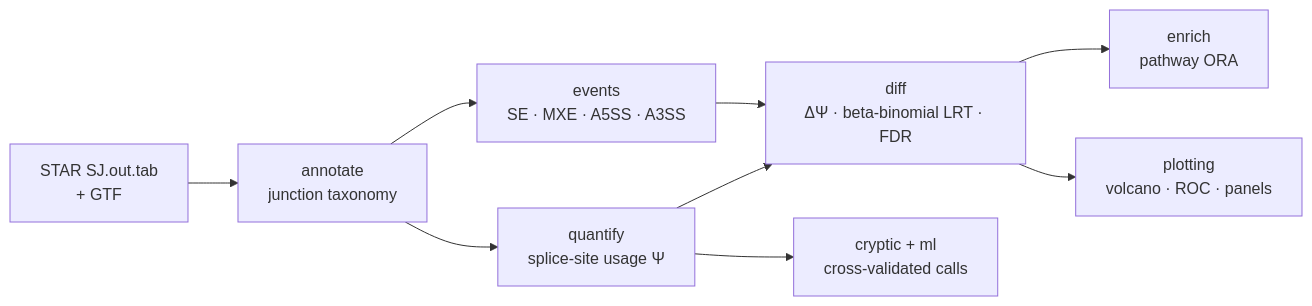
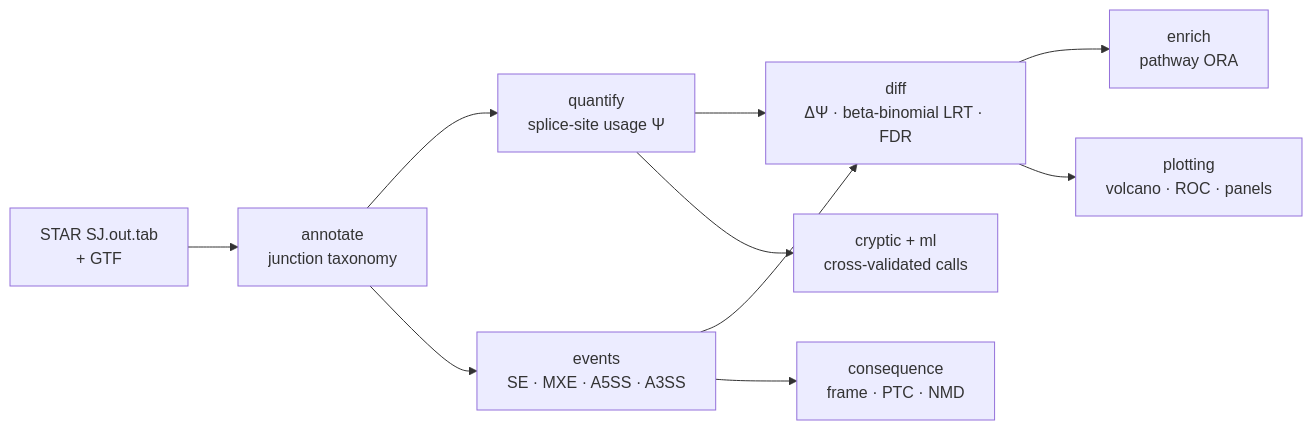
Before and after one commit to elmasnuryilmaz/splicescope: the diagram in README.md, drawn with Mermaid. The commit also changed other lines of this file and 2 other files, not shown here.

First line of the commit message:
Run the README's examples, and put the consequence step in its diagram

````diff
--- a/README.md
+++ b/README.md
@@ -108,11 +118,12 @@
 ```mermaid
 flowchart LR
     A["STAR SJ.out.tab<br/>+ GTF"] --> B["annotate<br/>junction taxonomy"]
     B --> C["quantify<br/>splice-site usage Ψ"]
     B --> D["events<br/>SE · MXE · A5SS · A3SS"]
     C --> E["diff<br/>ΔΨ · beta-binomial LRT · FDR"]
     D --> E
+    D --> I["consequence<br/>frame · PTC · NMD"]
     E --> F["enrich<br/>pathway ORA"]
     C --> G["cryptic + ml<br/>cross-validated calls"]
     E --> H["plotting<br/>volcano · ROC · panels"]
 ```
````
